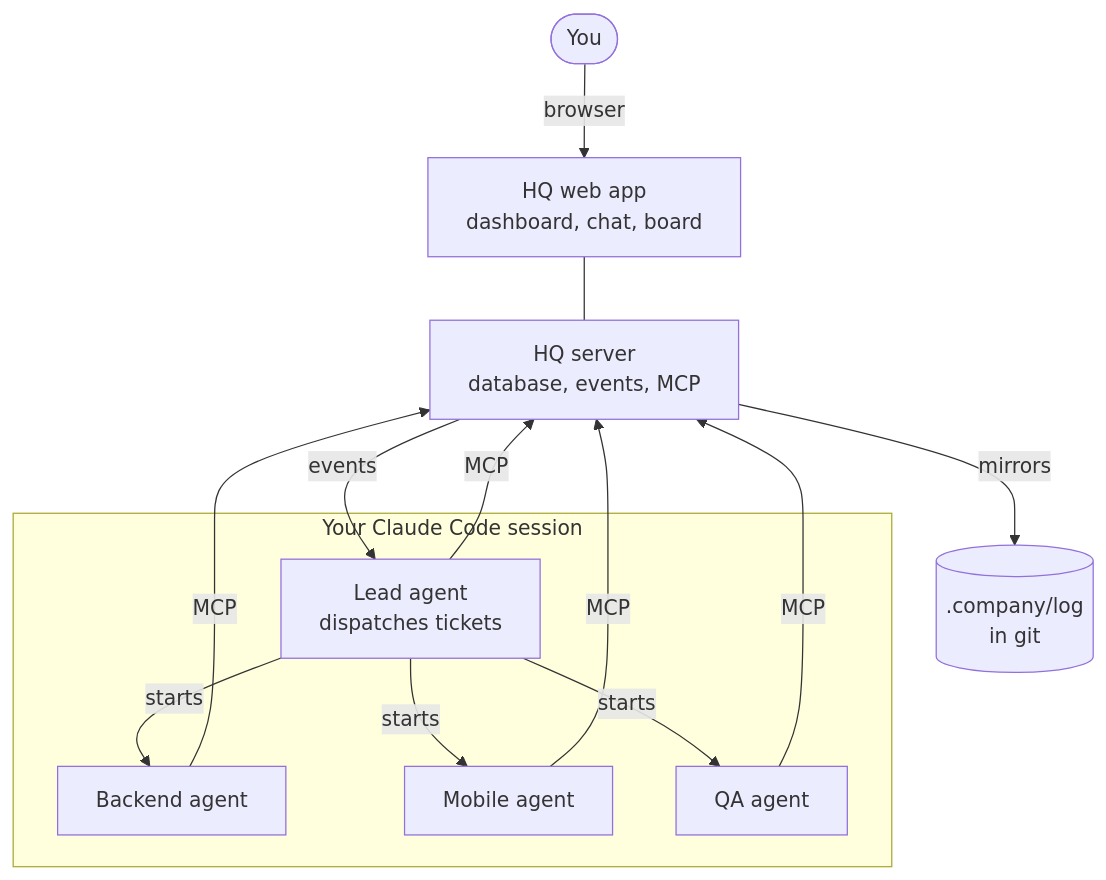
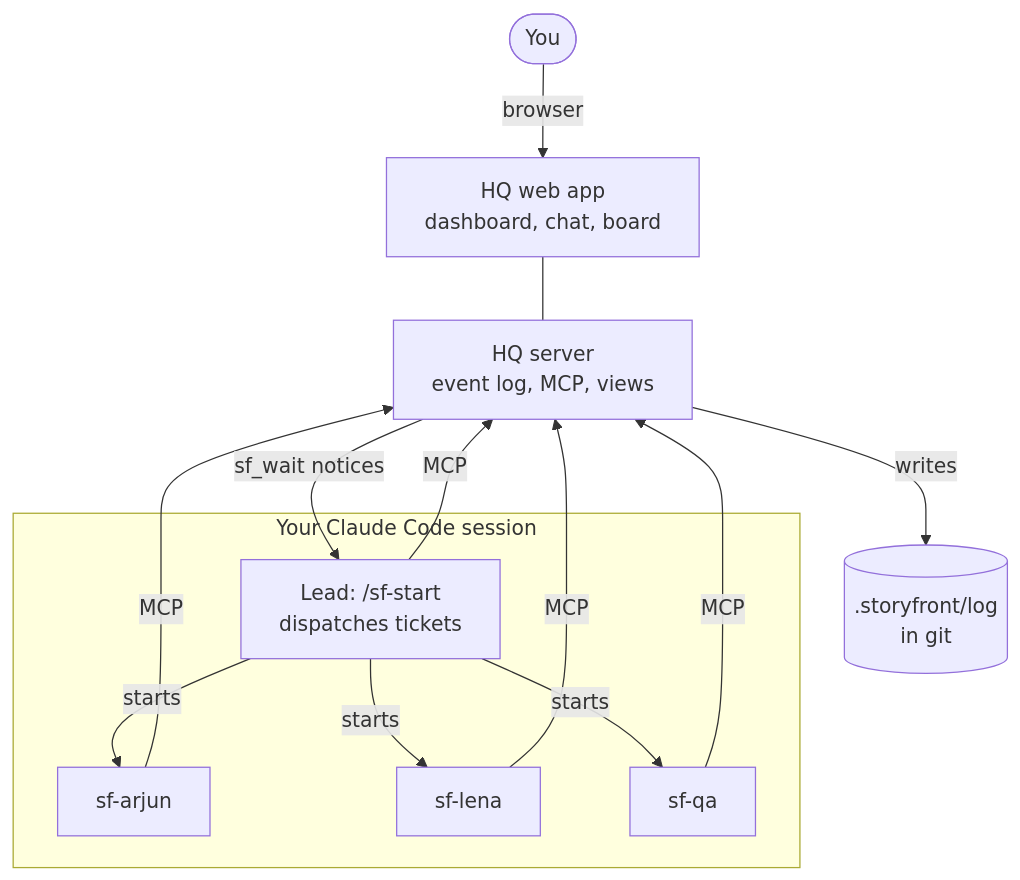
One commit to lokkrish/madcompany changed the second of 2 diagrams in docs/SPEC.md. Above: the diagram before and after it, drawn with Mermaid. The commit also changed other lines of this file and 63 other files, not shown here.

First line of the commit message:
Build Storyfront v0: HQ, agent team runtime, BMad bridge

````diff
--- a/docs/SPEC.md
+++ b/docs/SPEC.md
@@ -289,20 +289,20 @@
 ```mermaid
 flowchart TB
   you([You]) -- browser --> ui[HQ web app<br/>dashboard, chat, board]
-  ui --- hq[HQ server<br/>database, events, MCP]
+  ui --- hq[HQ server<br/>event log, MCP, views]
   subgraph host[Your Claude Code session]
-    lead[Lead agent<br/>dispatches tickets]
-    be[Backend agent]
-    mob[Mobile agent]
-    qa[QA agent]
+    lead[Lead: /sf-start<br/>dispatches tickets]
+    be[sf-arjun]
+    mob[sf-lena]
+    qa[sf-qa]
   end
-  hq -- events --> lead
+  hq -- sf_wait notices --> lead
   lead -- starts --> be
   lead -- starts --> mob
   lead -- starts --> qa
   lead -- MCP --> hq
   be -- MCP --> hq
   mob -- MCP --> hq
   qa -- MCP --> hq
-  hq -- mirrors --> files[(.company/log<br/>in git)]
+  hq -- writes --> files[(.storyfront/log<br/>in git)]
 ```
````
